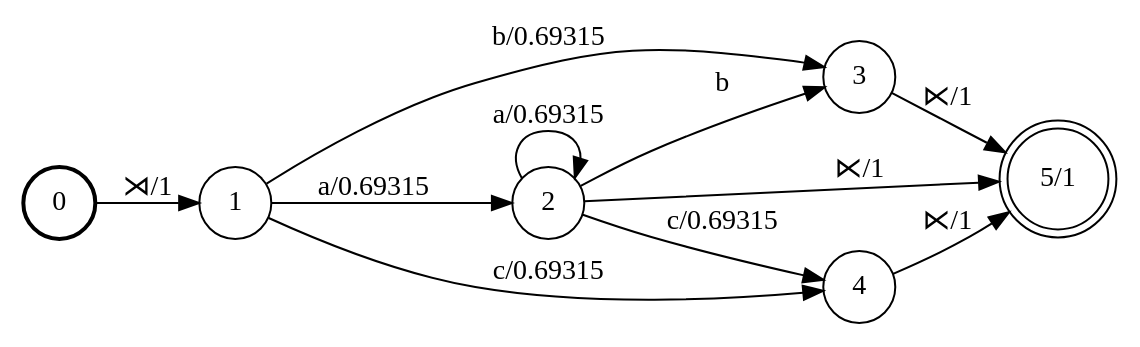
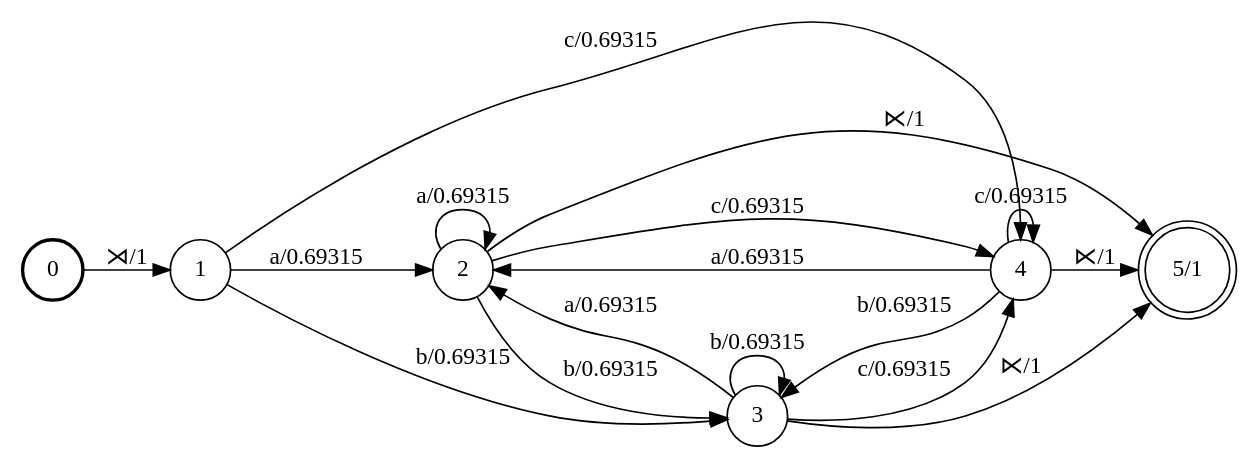
One commit to hutengdai/wynini changed the diagram in M_push.dot. Above: the diagram before and after it, drawn with Graphviz. The commit also changed 41 other files, not shown here.

```diff
--- a/M_push.dot
+++ b/M_push.dot
@@ -1,24 +1,30 @@
 digraph FST {
 rankdir = LR;
 size = "8.5,11";
 center = 1;
 orientation = Portrait;
 ranksep = "0.4";
 nodesep = "0.25";
 0 [label = "0", shape = circle, style = bold, fontsize = 14]
 	0 -> 1 [label = "⋊/1", fontsize = 14];
 1 [label = "1", shape = circle, style = solid, fontsize = 14]
 	1 -> 2 [label = "a/0.69315", fontsize = 14];
 	1 -> 3 [label = "b/0.69315", fontsize = 14];
 	1 -> 4 [label = "c/0.69315", fontsize = 14];
 2 [label = "2", shape = circle, style = solid, fontsize = 14]
 	2 -> 5 [label = "⋉/1", fontsize = 14];
 	2 -> 2 [label = "a/0.69315", fontsize = 14];
-	2 -> 3 [label = "b", fontsize = 14];
+	2 -> 3 [label = "b/0.69315", fontsize = 14];
 	2 -> 4 [label = "c/0.69315", fontsize = 14];
 3 [label = "3", shape = circle, style = solid, fontsize = 14]
 	3 -> 5 [label = "⋉/1", fontsize = 14];
+	3 -> 2 [label = "a/0.69315", fontsize = 14];
+	3 -> 3 [label = "b/0.69315", fontsize = 14];
+	3 -> 4 [label = "c/0.69315", fontsize = 14];
 4 [label = "4", shape = circle, style = solid, fontsize = 14]
 	4 -> 5 [label = "⋉/1", fontsize = 14];
+	4 -> 2 [label = "a/0.69315", fontsize = 14];
+	4 -> 3 [label = "b/0.69315", fontsize = 14];
+	4 -> 4 [label = "c/0.69315", fontsize = 14];
 5 [label = "5/1", shape = doublecircle, style = solid, fontsize = 14]
 }
```
